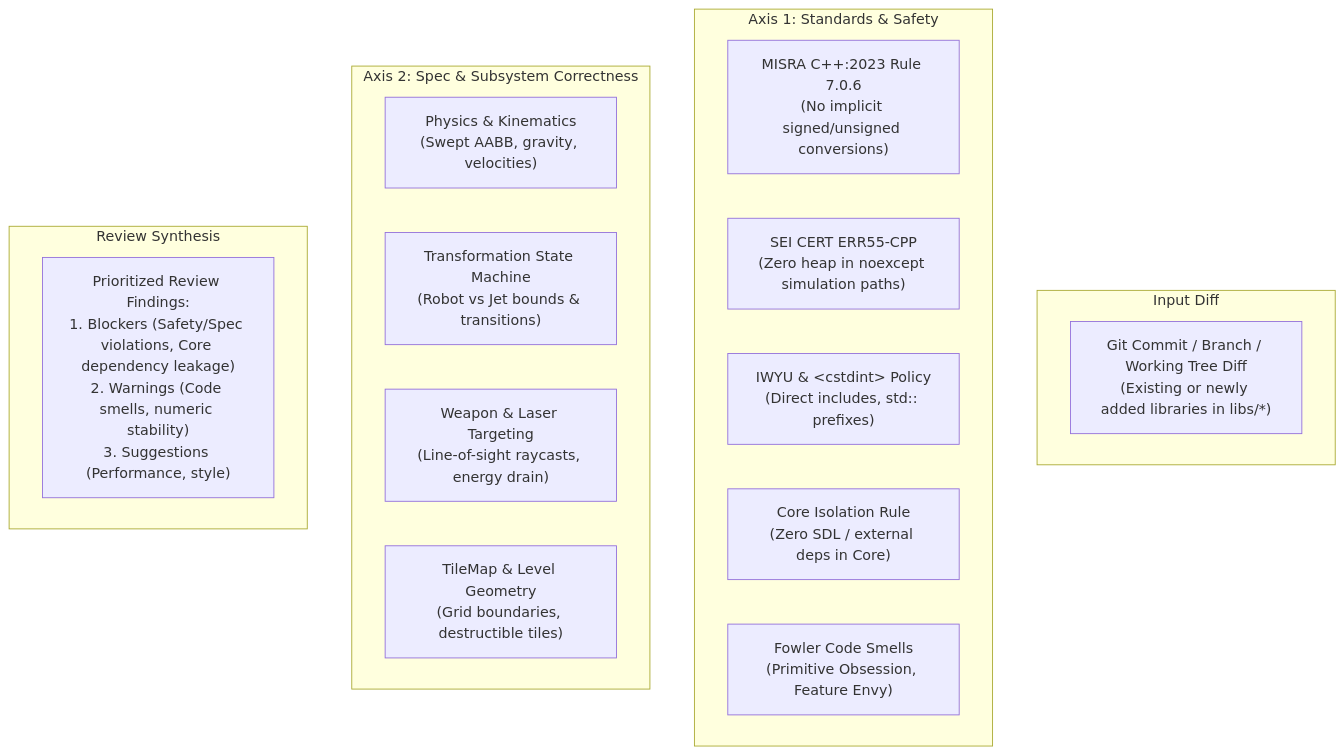
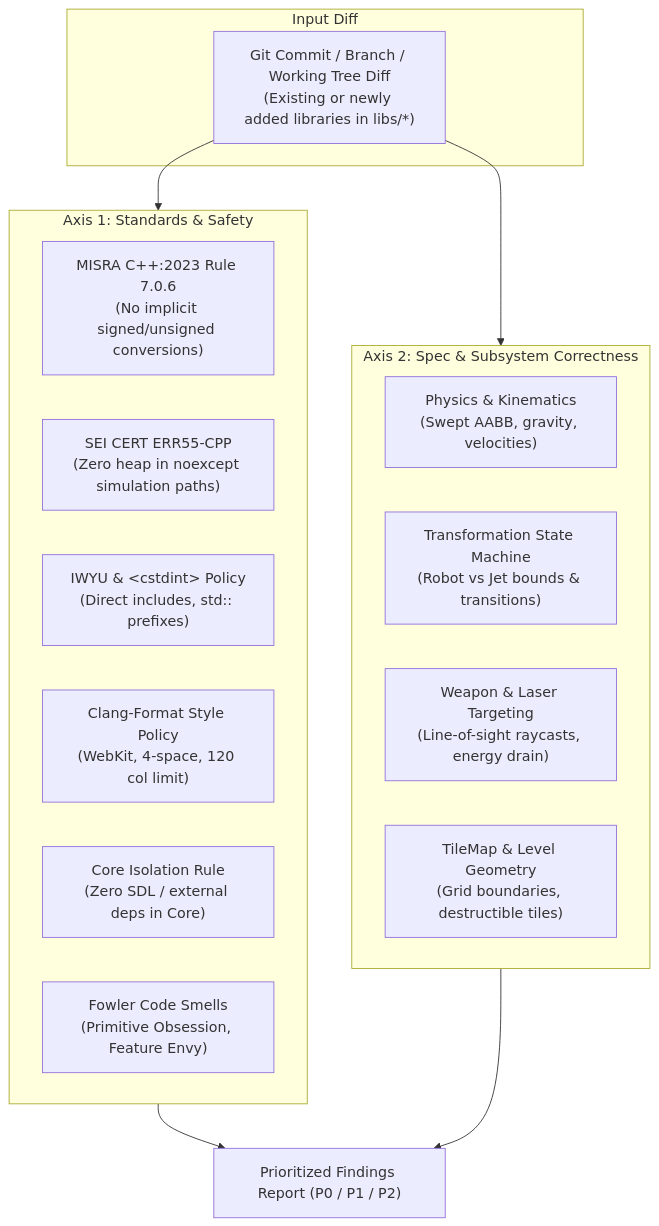
One commit to svagionitis/ShootEmUpEngine changed the diagram in .agents/skills/code-review/SKILL.md. Above: the diagram before and after it, drawn with Mermaid. The commit also changed other lines of this file and 5 other files, not shown here.

First line of the commit message:
Tooling: add clang-format rule and verification

````diff
--- a/.agents/skills/code-review/SKILL.md
+++ b/.agents/skills/code-review/SKILL.md
@@ -37,25 +36,27 @@
 ```mermaid
 flowchart TD
     subgraph Input["Input Diff"]
         D["Git Commit / Branch / Working Tree Diff<br/>(Existing or newly added libraries in libs/*)"]
     end
 
     subgraph Axis1["Axis 1: Standards & Safety"]
         A1["MISRA C++:2023 Rule 7.0.6<br/>(No implicit signed/unsigned conversions)"]
         A2["SEI CERT ERR55-CPP<br/>(Zero heap in noexcept simulation paths)"]
         A3["IWYU & &lt;cstdint&gt; Policy<br/>(Direct includes, std:: prefixes)"]
-        A4["Core Isolation Rule<br/>(Zero SDL / external deps in Core)"]
-        A5["Fowler Code Smells<br/>(Primitive Obsession, Feature Envy)"]
+        A4["Clang-Format Style Policy<br/>(WebKit, 4-space, 120 col limit)"]
+        A5["Core Isolation Rule<br/>(Zero SDL / external deps in Core)"]
+        A6["Fowler Code Smells<br/>(Primitive Obsession, Feature Envy)"]
     end
 
     subgraph Axis2["Axis 2: Spec & Subsystem Correctness"]
         B1["Physics & Kinematics<br/>(Swept AABB, gravity, velocities)"]
         B2["Transformation State Machine<br/>(Robot vs Jet bounds & transitions)"]
         B3["Weapon & Laser Targeting<br/>(Line-of-sight raycasts, energy drain)"]
         B4["TileMap & Level Geometry<br/>(Grid boundaries, destructible tiles)"]
     end
 
-    subgraph Output["Review Synthesis"]
-        R["Prioritized Review Findings:<br/>1. Blockers (Safety/Spec violations, Core dependency leakage)<br/>2. Warnings (Code smells, numeric stability)<br/>3. Suggestions (Performance, style)"]
-    end
+    D --> Axis1
+    D --> Axis2
+    Axis1 --> Report["Prioritized Findings Report (P0 / P1 / P2)"]
+    Axis2 --> Report
 ```
````
